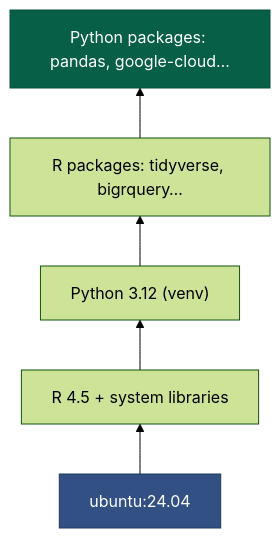
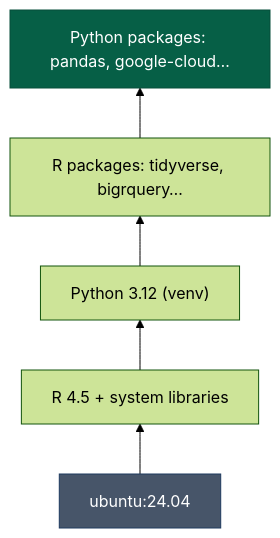
One commit to Ch3w3y/docker_gcp changed the fifth of 8 diagrams in docs/docker-containers.md. Above: the diagram before and after it, drawn with Mermaid (forest theme). The commit also changed other lines of this file and 12 other files, not shown here.

````diff
--- a/docs/docker-containers.md
+++ b/docs/docker-containers.md
@@ -195,13 +195,13 @@
 ```mermaid
 flowchart BT
     L1["ubuntu:24.04"]
     L2["R 4.5 + system libraries"]
     L3["Python 3.12 (venv)"]
     L4["R packages: tidyverse, bigrquery…"]
     L5["Python packages: pandas, google-cloud…"]
 
     L1 --> L2 --> L3 --> L4 --> L5
 
-    style L1 fill:#325083,stroke:#1e3a5f,color:#ffffff
+    style L1 fill:#475569,stroke:#1e3a5f,color:#ffffff
     style L5 fill:#065f46,stroke:#064e3b,color:#ffffff
 ```
````
